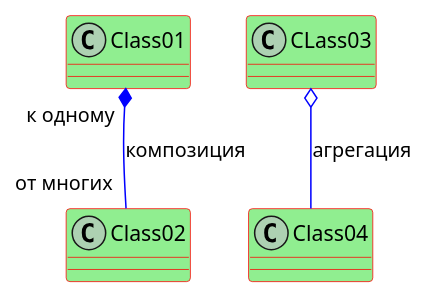
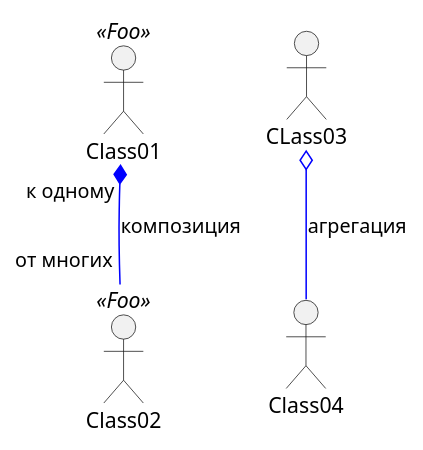
One commit to mizandarii/uml changed the diagram in class.wsd. Above: the diagram before and after it, drawn with PlantUML.

```diff
--- a/class.wsd
+++ b/class.wsd
@@ -1,20 +1,29 @@
 @startuml  
 
 ' задаем параметры для всех классов по умолчанию
 skinparam class{
     ' зажаем светло-зеленый цвет для фона классов по умолчанию 
     BackgroundColor LightGreen
     ' задаем синий цвет для связей классов по умолчанию
     ArrowColor  Blue
     ' задаем красный цвет для контуров элементов по умолчанию
     BorderColor Red
+    ' задаем красный цвет для фона классов, ждя которых шаблонов является Foo
+    BackgroundColor<< Foo >> Green
+    ' задаем оранжевый цвет для контуров классов, для которыъ шаблоном является Foo
+    BorderColor<< Foo >> Orange
 }
 
-' задаем цвет кружочков внутри элементов по умолчанию
+' задаем розовый цвет кружочков внутри элементов по умолчанию
 skinparam StereotypeCBackgroundColor  Magenta
+' задаем серый цвет кружочков внутри элементов, для которых шаблоном является Foo
+skinparam StereotypeCBackgroundColor<< Foo >> Gray
+
+Class01 <<Foo>>
+Class02 <<Foo>>
 
 Class01 "к одному" *-- "от многих" Class02: композиция
 
 CLass03 o-- Class04: агрегация
 
 @enduml
```
